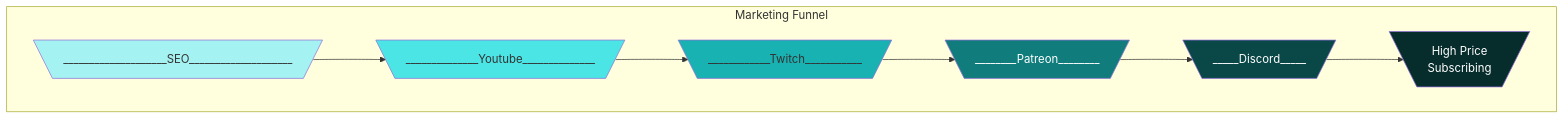
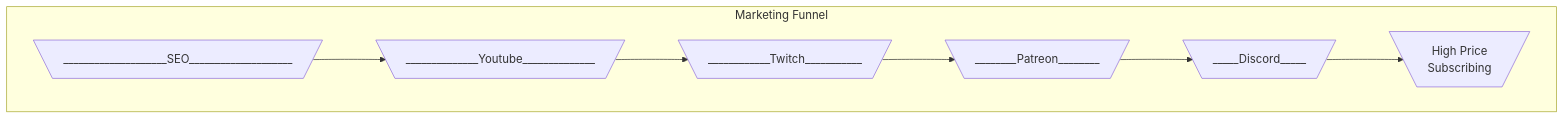
Before and after one commit to LatticeMage/Slides: the diagram in Business/Funnel.mmd, drawn with Mermaid.

```diff
--- a/Business/Funnel.mmd
+++ b/Business/Funnel.mmd
@@ -1,19 +1,10 @@
 %% Code for flowchart below
 graph TD
     subgraph Marketing Funnel
     a2[\____________________SEO____________________/]
     a2-->yt[\______________Youtube______________/]
     yt-->twitch[\____________Twitch___________/]
     twitch-->a5[\________Patreon________/]
     a5-->discord[\_____Discord_____/]
     discord-->a[\High Price<br> Subscribing/]
     end
-
-
-    style a2 fill:#A5F2F2;
-    style yt fill:#4CE5E5;
-    style twitch fill:#19B2B2;
-    style a5 fill:#117C7C,color:white;
-    style discord fill:#0A4747,color:white;
-    classDef b6 fill:#062C2C,color:white;
-    class a b6
```
